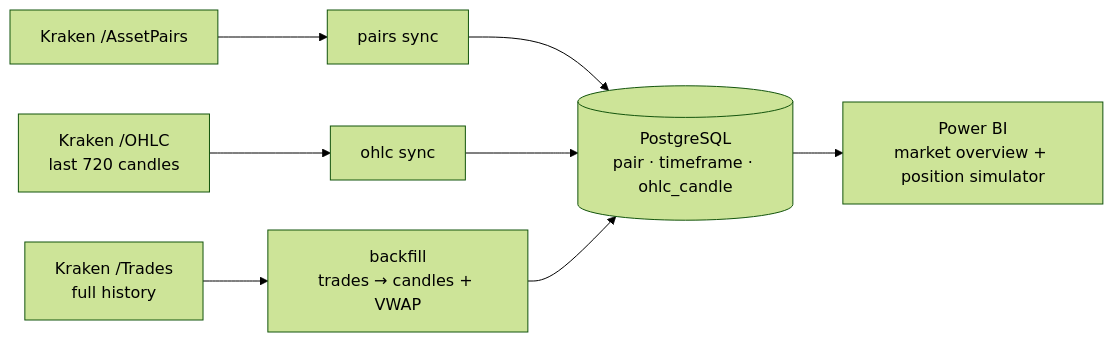
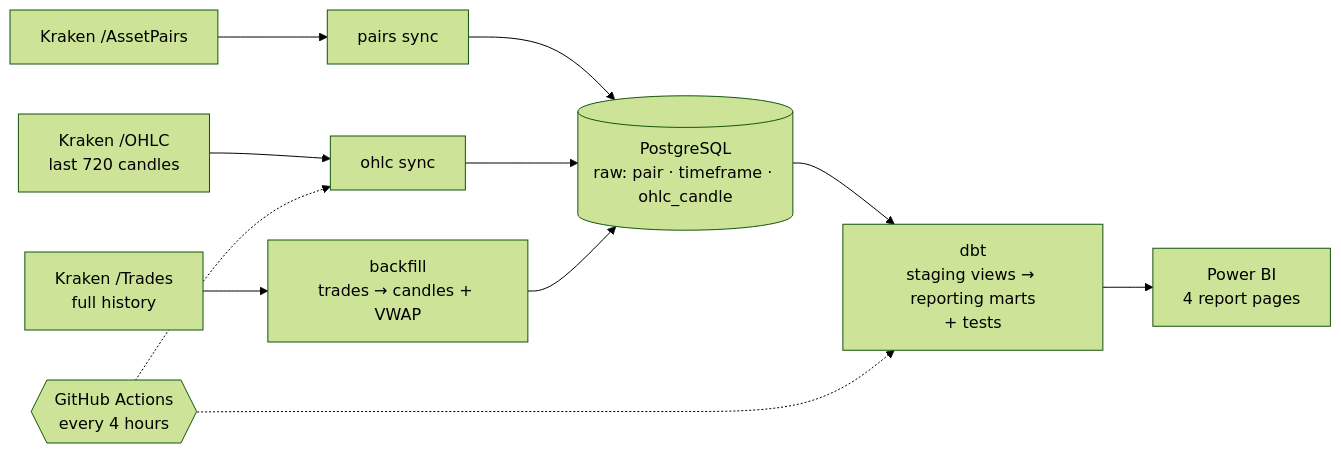
One commit to sormrdev/crypto-analytics changed the diagram in README.md. Above: the diagram before and after it, drawn with Mermaid (forest theme). The commit also changed other lines of this file, not shown here.

Commit message:
Document scheduled sync, dbt layer and Data quality page

````diff
--- a/README.md
+++ b/README.md
@@ -56,8 +60,10 @@
 ```mermaid
 flowchart LR
     K1[Kraken /AssetPairs] --> P[pairs sync]
     K2[Kraken /OHLC<br/>last 720 candles] --> O[ohlc sync]
     K3[Kraken /Trades<br/>full history] --> B[backfill<br/>trades → candles + VWAP]
-    P & O & B --> DB[(PostgreSQL<br/>pair · timeframe · ohlc_candle)]
-    DB --> PBI[Power BI<br/>market overview + position simulator]
+    P & O & B --> DB[(PostgreSQL<br/>raw: pair · timeframe · ohlc_candle)]
+    DB --> DBT[dbt<br/>staging views → reporting marts<br/>+ tests]
+    DBT --> PBI[Power BI<br/>4 report pages]
+    GHA{{GitHub Actions<br/>every 4 hours}} -.-> O & DBT
 ```
````
